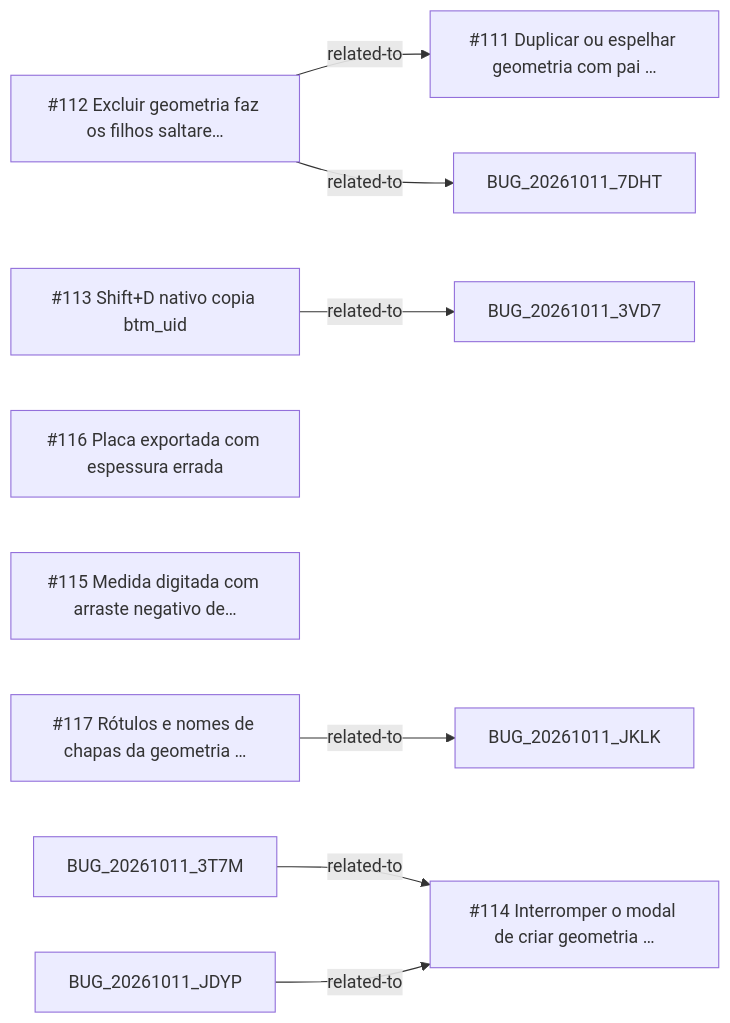
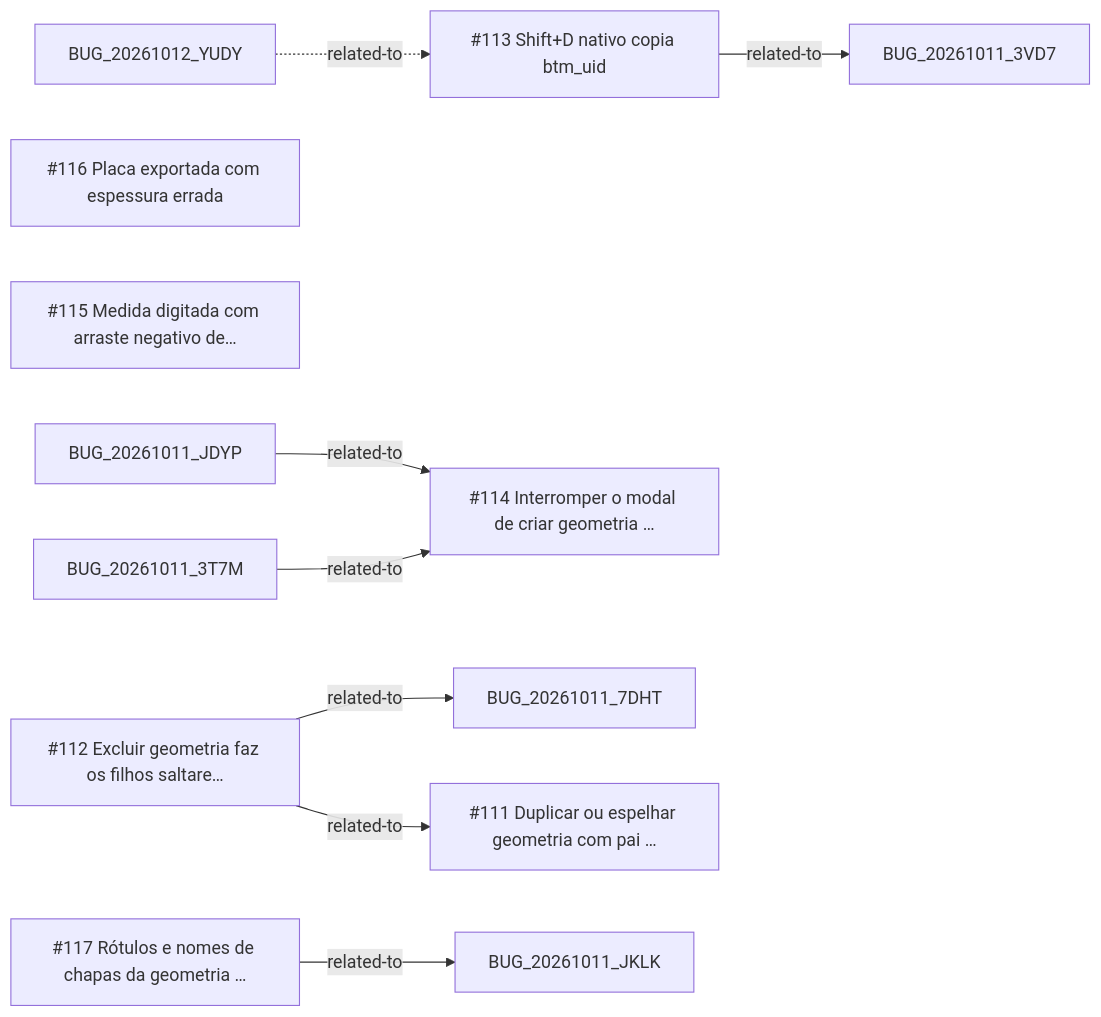
One commit to CAFFDIGITALPLATFORM/caffmob_draw changed the diagram in _reversa_bugs/geometry_free/generated/graph.md. Above: the diagram before and after it, drawn with Mermaid. The commit also changed other lines of this file and 136 other files, not shown here.

````diff
--- a/_reversa_bugs/geometry_free/generated/graph.md
+++ b/_reversa_bugs/geometry_free/generated/graph.md
@@ -5,16 +5,17 @@
 ```mermaid
 graph LR
   BUG_20261011_GUHQ["#112 Excluir geometria faz os filhos saltare…"]
   BUG_20261011_SKDL["#113 Shift+D nativo copia btm_uid"]
   BUG_20261011_L6YN["#116 Placa exportada com espessura errada"]
   BUG_20261011_ELOZ["#111 Duplicar ou espelhar geometria com pai …"]
   BUG_20261011_TLCT["#114 Interromper o modal de criar geometria …"]
   BUG_20261011_NOAU["#115 Medida digitada com arraste negativo de…"]
   BUG_20261011_DLHX["#117 Rótulos e nomes de chapas da geometria …"]
+  BUG_20261012_YUDY -.->|related-to| BUG_20261011_SKDL
   BUG_20261011_DLHX -->|related-to| BUG_20261011_JKLK
   BUG_20261011_GUHQ -->|related-to| BUG_20261011_ELOZ
   BUG_20261011_GUHQ -->|related-to| BUG_20261011_7DHT
   BUG_20261011_SKDL -->|related-to| BUG_20261011_3VD7
   BUG_20261011_3T7M -->|related-to| BUG_20261011_TLCT
   BUG_20261011_JDYP -->|related-to| BUG_20261011_TLCT
 ```
````
